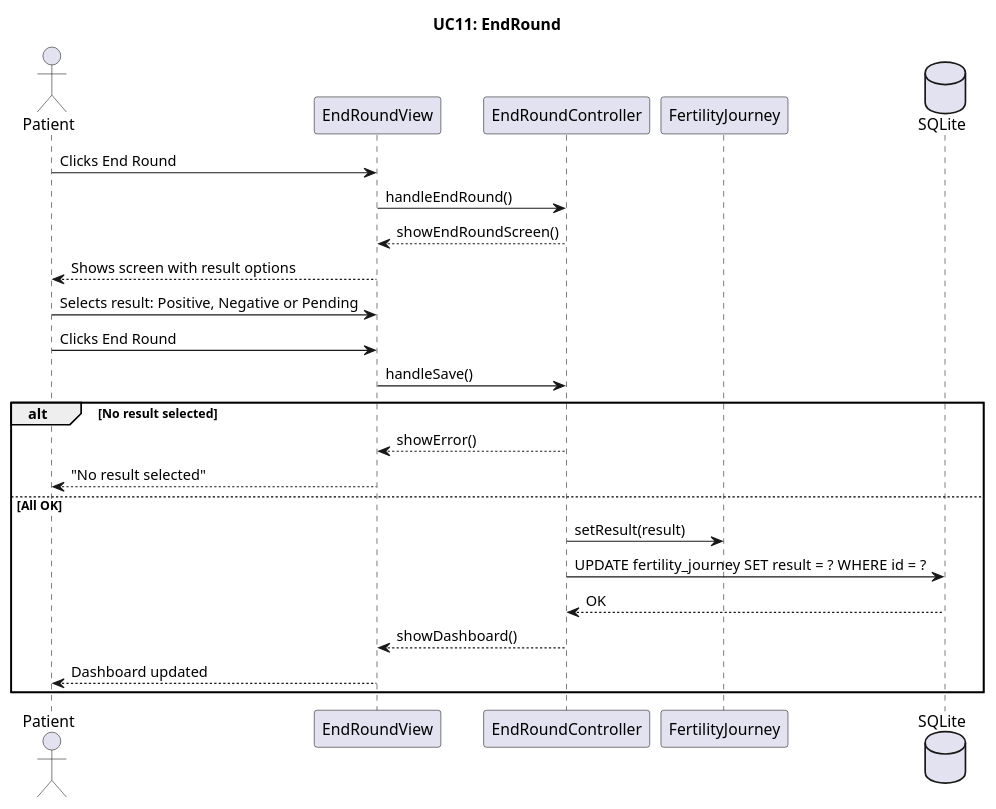
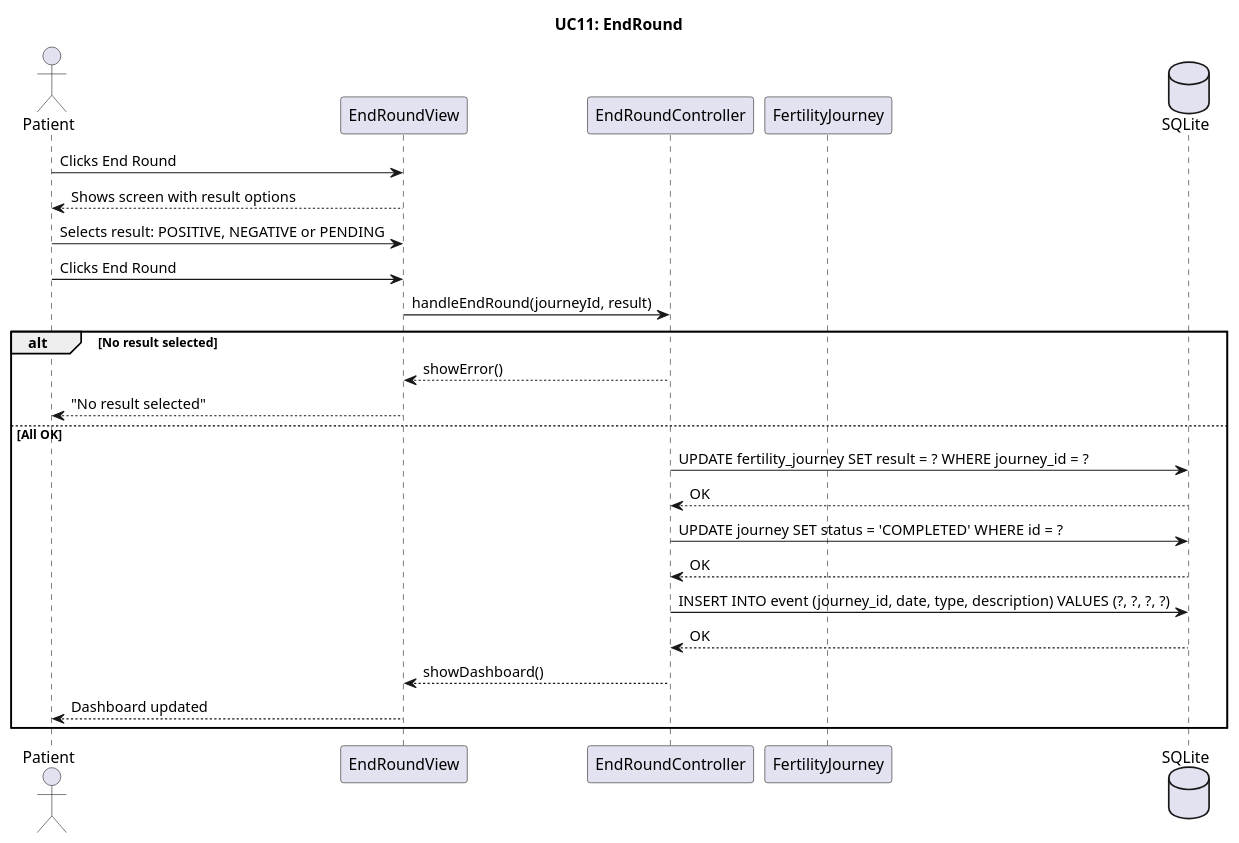
Before and after one commit to BesimaP/SP4---MiniSP: the diagram in doc/dynamic/UC11 - EndRoundController.puml, drawn with PlantUML. The commit also changed 4 other files, not shown here.

```diff
--- a/doc/dynamic/UC11 - EndRoundController.puml
+++ b/doc/dynamic/UC11 - EndRoundController.puml
@@ -1,32 +1,33 @@
 @startuml
 !pragma layout smetana
 
 title UC11: EndRound
 
 actor "Patient" as u
 participant "EndRoundView" as v
 participant "EndRoundController" as c
 participant "FertilityJourney" as m
 database "SQLite" as db
 
 u -> v : Clicks End Round
-v -> c : handleEndRound()
-c --> v : showEndRoundScreen()
 v --> u : Shows screen with result options
 
-u -> v : Selects result: Positive, Negative or Pending
+u -> v : Selects result: POSITIVE, NEGATIVE or PENDING
 u -> v : Clicks End Round
-v -> c : handleSave()
+v -> c : handleEndRound(journeyId, result)
 
 alt No result selected
   c --> v : showError()
   v --> u : "No result selected"
 else All OK
-  c -> m : setResult(result)
-  c -> db : UPDATE fertility_journey SET result = ? WHERE id = ?
+  c -> db : UPDATE fertility_journey SET result = ? WHERE journey_id = ?
+  db --> c : OK
+  c -> db : UPDATE journey SET status = 'COMPLETED' WHERE id = ?
+  db --> c : OK
+  c -> db : INSERT INTO event (journey_id, date, type, description) VALUES (?, ?, ?, ?)
   db --> c : OK
   c --> v : showDashboard()
   v --> u : Dashboard updated
 end
 
 @enduml
```
